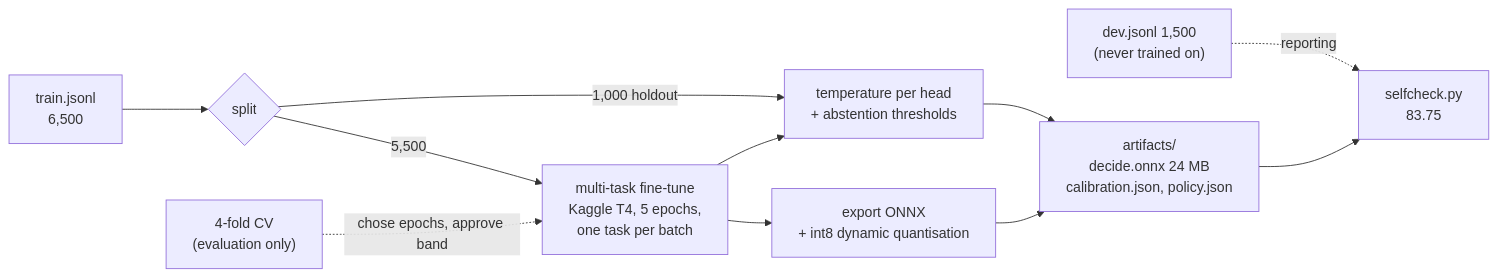
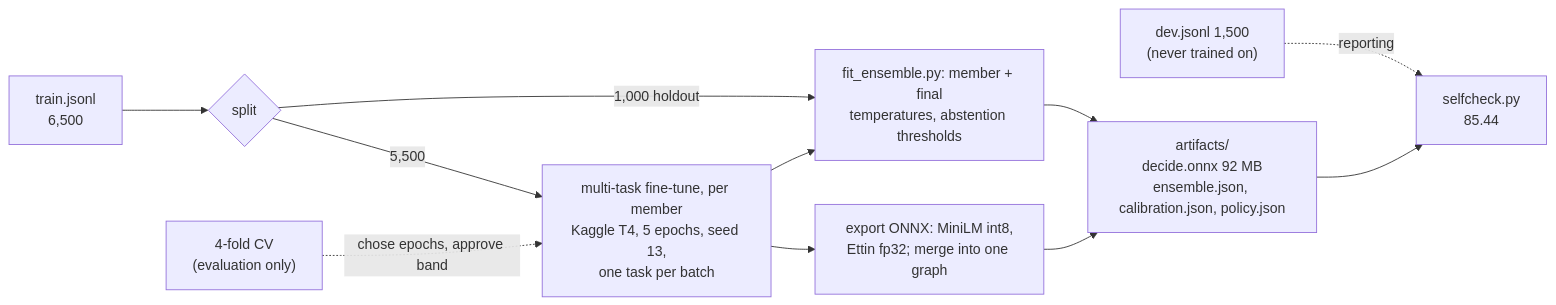
One commit to Amal-Verma/Jev-router-decide changed the fifth of 5 diagrams in docs/ARCHITECTURE.md. Above: the diagram before and after it, drawn with Mermaid. The commit also changed other lines of this file and 14 other files, not shown here.

Commit message:
Docs: served model is the MiniLM + Ettin-17m ensemble (one graph, Ettin fp32), 85.44 on dev; add int8 finding, CV and latency risk; baseline moved to baseline/

````diff
--- a/docs/ARCHITECTURE.md
+++ b/docs/ARCHITECTURE.md
@@ -91,13 +95,13 @@
 ```mermaid
 flowchart LR
     D["train.jsonl<br/>6,500"] --> SP{"split"}
-    SP -->|5,500| TR["multi-task fine-tune<br/>Kaggle T4, 5 epochs,<br/>one task per batch"]
-    SP -->|1,000 holdout| CAL["temperature per head<br/>+ abstention thresholds"]
+    SP -->|5,500| TR["multi-task fine-tune, per member<br/>Kaggle T4, 5 epochs, seed 13,<br/>one task per batch"]
+    SP -->|1,000 holdout| CAL["fit_ensemble.py: member + final<br/>temperatures, abstention thresholds"]
     TR --> CAL
-    TR --> EX["export ONNX<br/>+ int8 dynamic quantisation"]
-    CAL --> ART["artifacts/<br/>decide.onnx 24 MB<br/>calibration.json, policy.json"]
+    TR --> EX["export ONNX: MiniLM int8,<br/>Ettin fp32; merge into one graph"]
+    CAL --> ART["artifacts/<br/>decide.onnx 92 MB<br/>ensemble.json, calibration.json, policy.json"]
     EX --> ART
     CV["4-fold CV<br/>(evaluation only)"] -.->|"chose epochs, approve band"| TR
-    DEV["dev.jsonl 1,500<br/>(never trained on)"] -.->|"reporting"| SC["selfcheck.py<br/>83.75"]
+    DEV["dev.jsonl 1,500<br/>(never trained on)"] -.->|"reporting"| SC["selfcheck.py<br/>85.44"]
     ART --> SC
 ```
````
